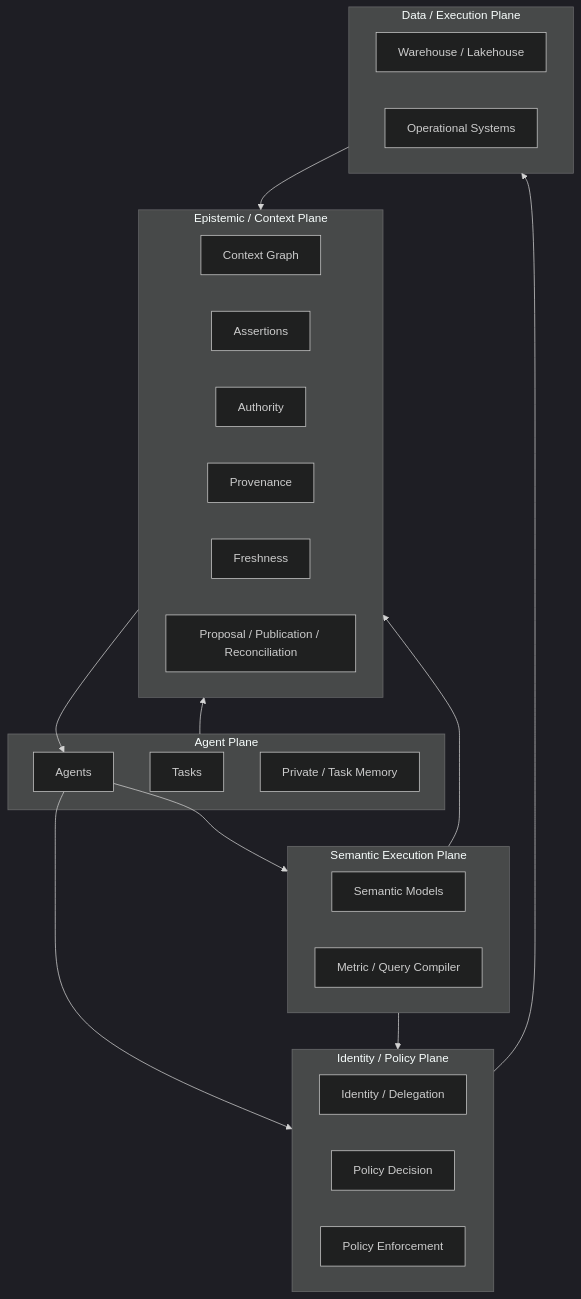
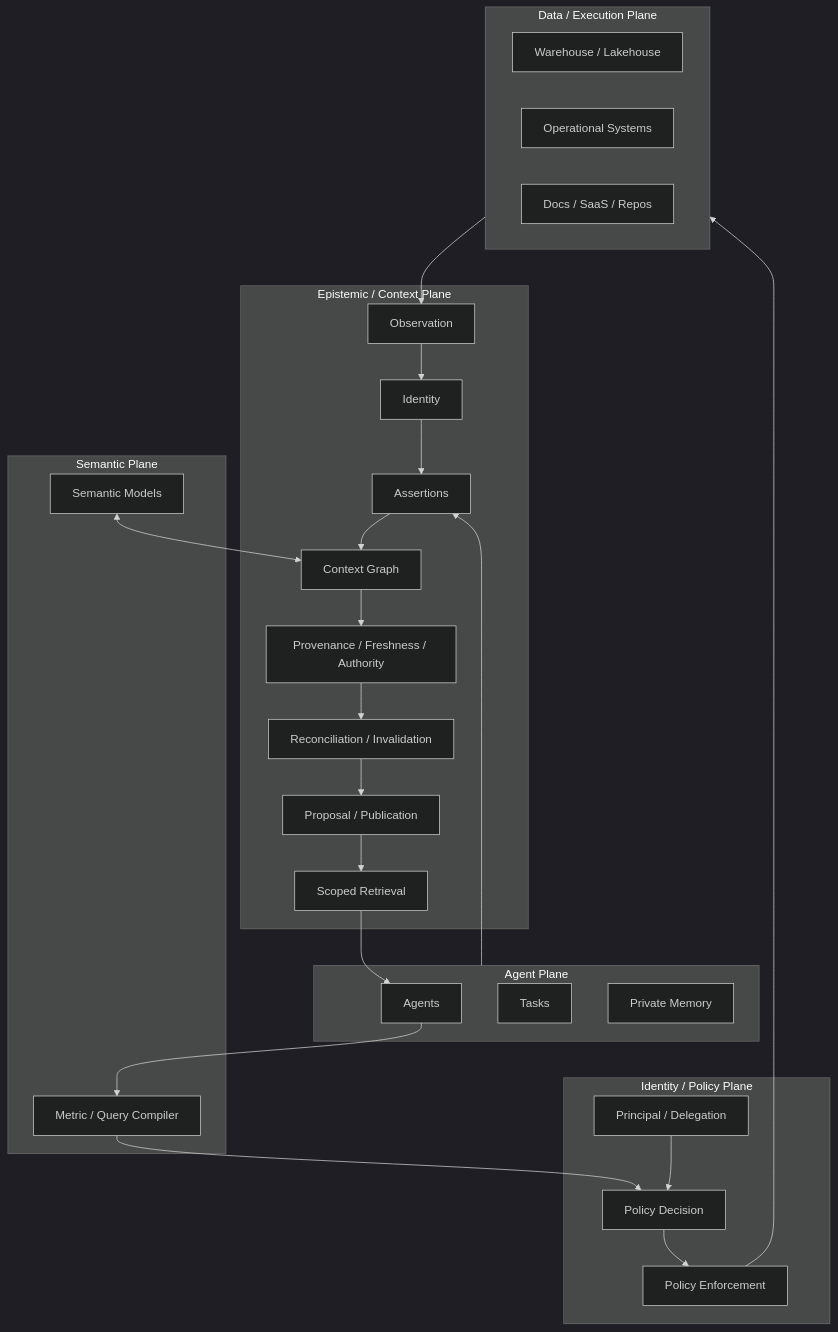
Before and after one commit to XiaoWeiKIN/datahub-research: the diagram in README.md, drawn with Mermaid (dark theme). The commit also changed other lines of this file, not shown here.

Commit message:
docs: make reference architecture the repository center

```diff
--- a/README.md
+++ b/README.md
@@ -22,42 +23,47 @@
 ~~~mermaid
 flowchart TB
-    subgraph EP[Epistemic / Context Plane]
-        CG[Context Graph]
-        ASSERT[Assertions]
-        AUTH[Authority]
-        PROV[Provenance]
-        FRESH[Freshness]
-        PUB[Proposal / Publication / Reconciliation]
+    subgraph DP[Data / Execution Plane]
+        WH[Warehouse / Lakehouse]
+        OPS[Operational Systems]
+        DOC[Docs / SaaS / Repos]
     end
 
-    subgraph SP[Semantic Execution Plane]
+    subgraph EP[Epistemic / Context Plane]
+        OBS[Observation]
+        ID[Identity]
+        ASSERT[Assertions]
+        CG[Context Graph]
+        TRUST[Provenance / Freshness / Authority]
+        REC[Reconciliation / Invalidation]
+        PUB[Proposal / Publication]
+        RET[Scoped Retrieval]
+    end
+
+    subgraph SP[Semantic Plane]
         SM[Semantic Models]
         COMP[Metric / Query Compiler]
     end
 
     subgraph PP[Identity / Policy Plane]
-        ID[Identity / Delegation]
+        PRI[Principal / Delegation]
         PDP[Policy Decision]
         PEP[Policy Enforcement]
     end
 
     subgraph AP[Agent Plane]
         AG[Agents]
         TASK[Tasks]
-        MEM[Private / Task Memory]
+        MEM[Private Memory]
     end
 
-    subgraph DP[Data / Execution Plane]
-        WH[Warehouse / Lakehouse]
-        OPS[Operational Systems]
-    end
+    DP --> OBS --> ID --> ASSERT --> CG
+    CG --> TRUST --> REC --> PUB --> RET
+    RET --> AG
 
-    EP --> AG
-    AG --> SP
-    AG --> PP
-    SP --> PP
-    PP --> DP
-    DP --> EP
-    SP --> EP
-    AP --> EP
+    SM <--> CG
+    AG --> COMP --> PDP
+    PRI --> PDP
+    PDP --> PEP --> DP
+
+    AP --> ASSERT
 ~~~
```
